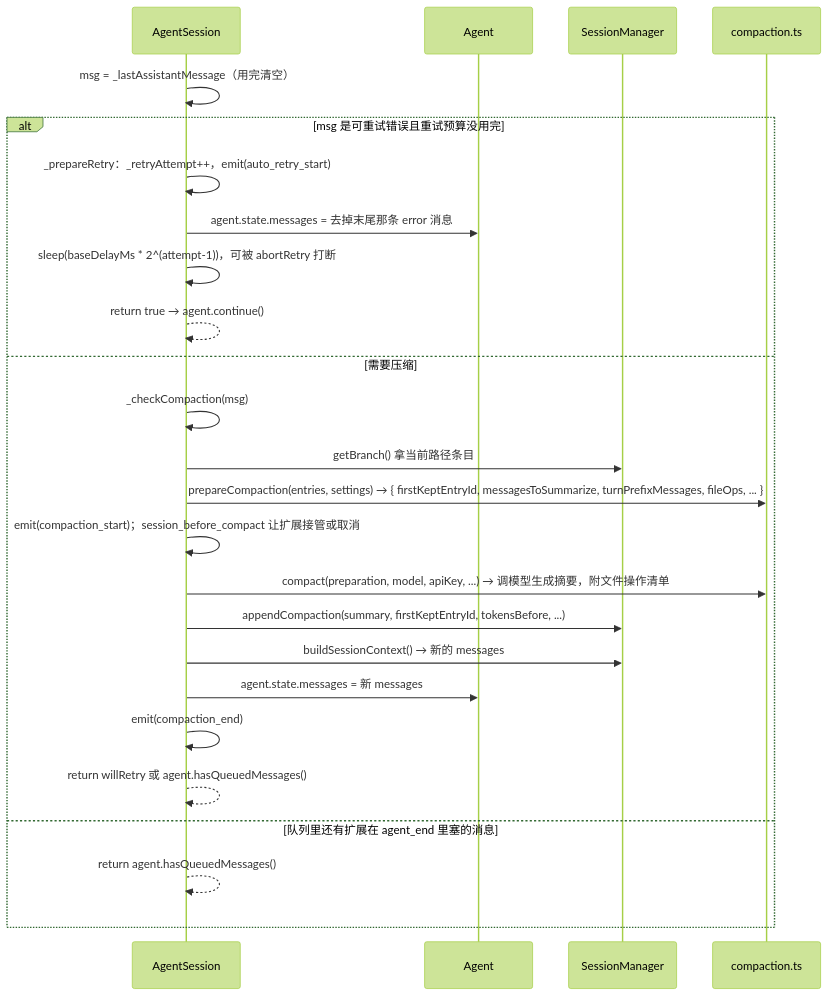
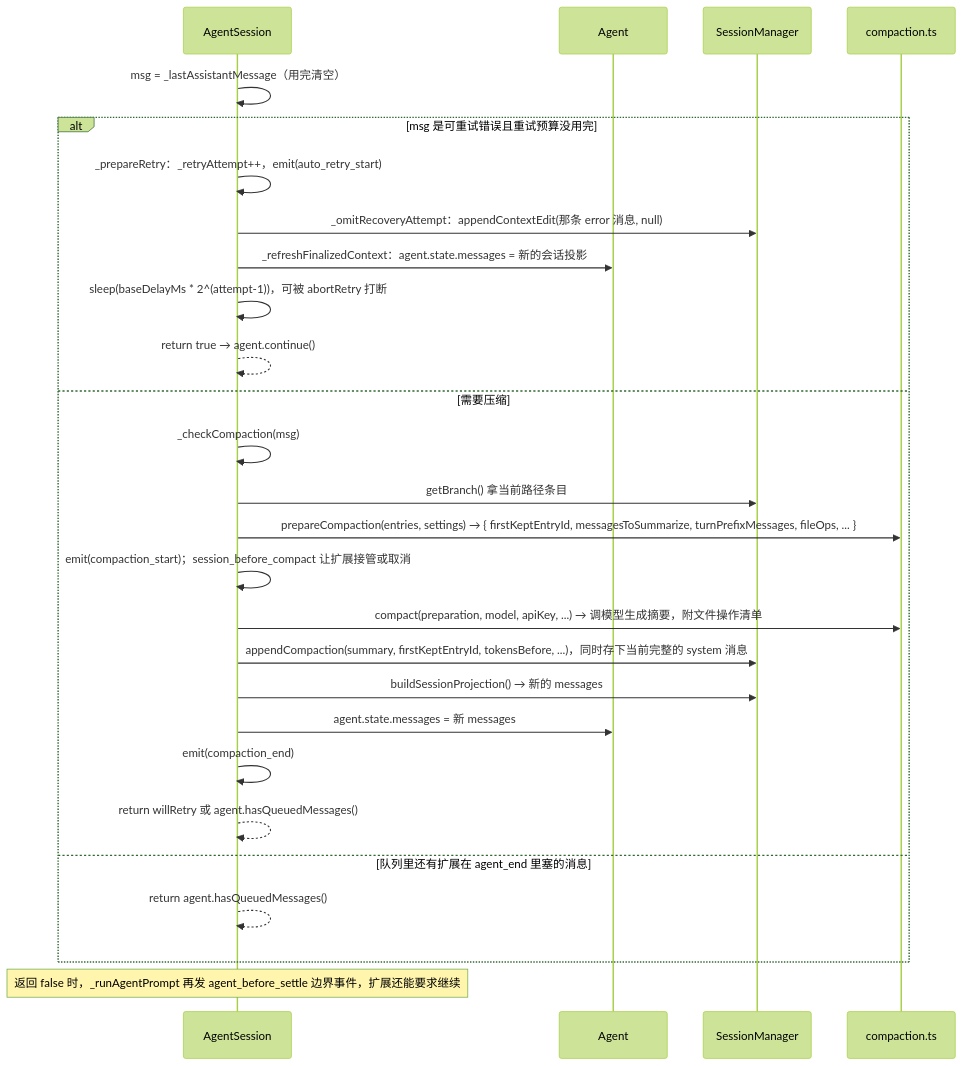
Diagram 15 of 18 in src/content/post/agents-pi-mono/index.md (nickqiaoo/nickqiaoo.github.io), drawn with Mermaid (forest theme) before and after one commit. The commit also changed other lines of this file and 1 other file, not shown here.

````diff
--- a/src/content/post/agents-pi-mono/index.md
+++ b/src/content/post/agents-pi-mono/index.md
@@ -1540,28 +1745,30 @@
 ```mermaid
 sequenceDiagram
   participant AS as AgentSession
   participant AG as Agent
   participant SM as SessionManager
   participant C as compaction.ts
 
   AS->>AS: msg = _lastAssistantMessage（用完清空）
   alt msg 是可重试错误且重试预算没用完
     AS->>AS: _prepareRetry：_retryAttempt++，emit(auto_retry_start)
-    AS->>AG: agent.state.messages = 去掉末尾那条 error 消息
+    AS->>SM: _omitRecoveryAttempt：appendContextEdit(那条 error 消息, null)
+    AS->>AG: _refreshFinalizedContext：agent.state.messages = 新的会话投影
     AS->>AS: sleep(baseDelayMs * 2^(attempt-1))，可被 abortRetry 打断
     AS-->>AS: return true → agent.continue()
   else 需要压缩
     AS->>AS: _checkCompaction(msg)
     AS->>SM: getBranch() 拿当前路径条目
     AS->>C: prepareCompaction(entries, settings) → { firstKeptEntryId, messagesToSummarize, turnPrefixMessages, fileOps, ... }
     AS->>AS: emit(compaction_start)；session_before_compact 让扩展接管或取消
     AS->>C: compact(preparation, model, apiKey, ...) → 调模型生成摘要，附文件操作清单
-    AS->>SM: appendCompaction(summary, firstKeptEntryId, tokensBefore, ...)
-    AS->>SM: buildSessionContext() → 新的 messages
+    AS->>SM: appendCompaction(summary, firstKeptEntryId, tokensBefore, ...)，同时存下当前完整的 system 消息
+    AS->>SM: buildSessionProjection() → 新的 messages
     AS->>AG: agent.state.messages = 新 messages
     AS->>AS: emit(compaction_end)
     AS-->>AS: return willRetry 或 agent.hasQueuedMessages()
   else 队列里还有扩展在 agent_end 里塞的消息
     AS-->>AS: return agent.hasQueuedMessages()
   end
+  Note over AS: 返回 false 时，_runAgentPrompt 再发 agent_before_settle 边界事件，扩展还能要求继续
 ```
````
